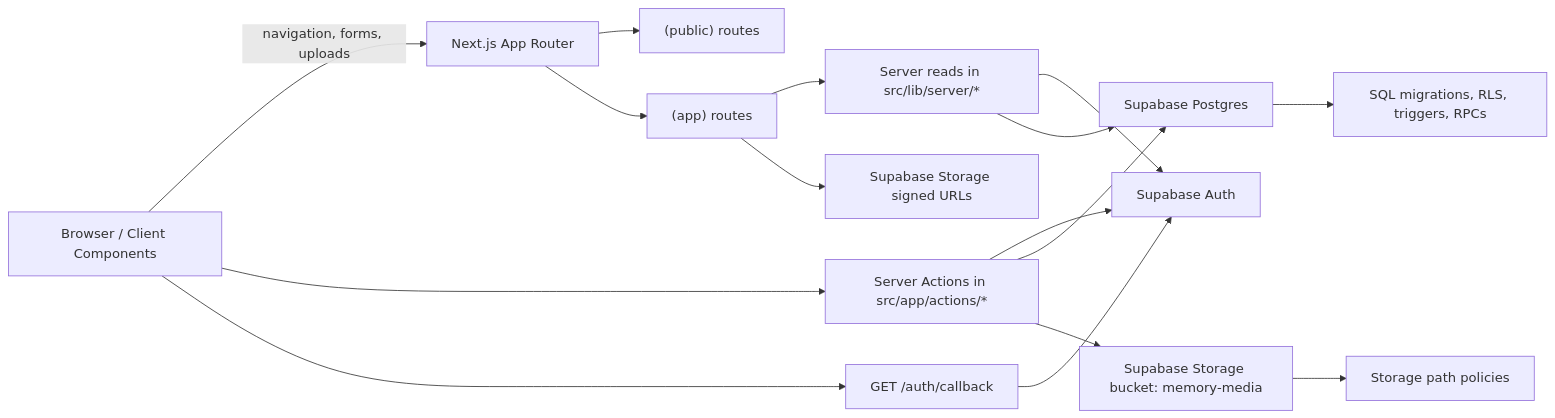
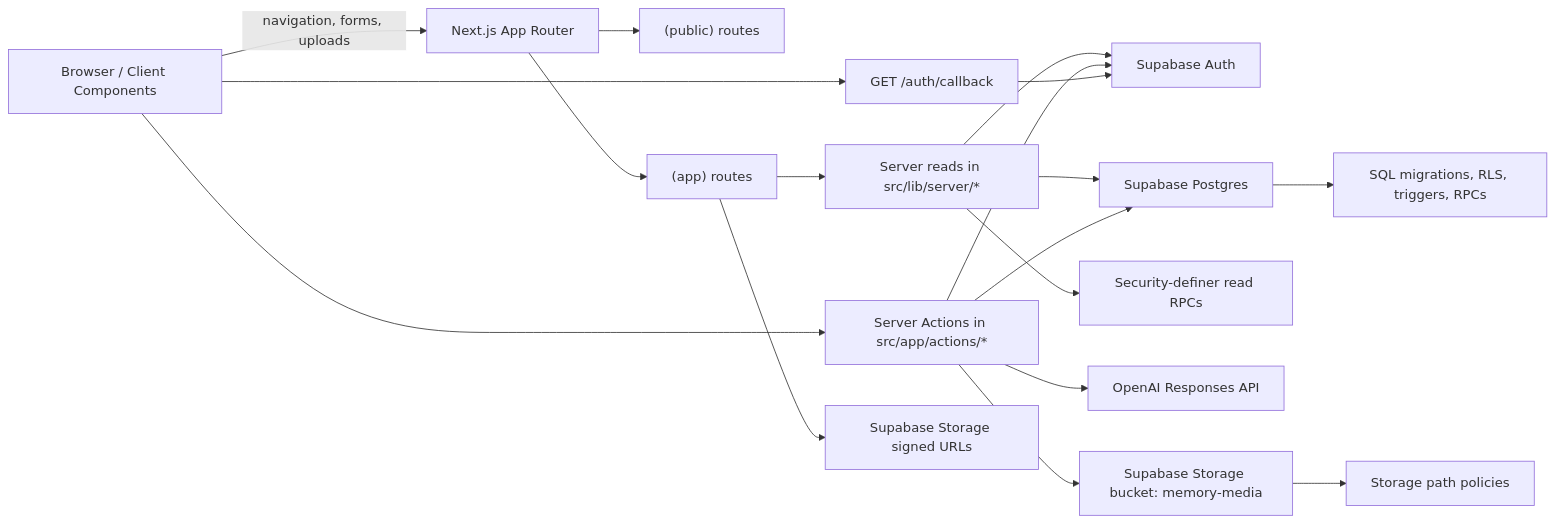
The diagram in docs/engineering/system-architecture.md (ltphuoc/phuocanh), drawn with Mermaid before and after one commit. The commit also changed other lines of this file and 29 other files, not shown here.

````diff
--- a/docs/engineering/system-architecture.md
+++ b/docs/engineering/system-architecture.md
@@ -6,20 +6,22 @@
 ```mermaid
 flowchart LR
   Browser["Browser / Client Components"] -->|navigation, forms, uploads| Next["Next.js App Router"]
   Next --> Public["(public) routes"]
   Next --> App["(app) routes"]
   App --> Reads["Server reads in src/lib/server/*"]
   Browser --> Actions["Server Actions in src/app/actions/*"]
   Browser --> Callback["GET /auth/callback"]
 
   Reads --> Auth["Supabase Auth"]
   Reads --> PG["Supabase Postgres"]
+  Reads --> ReadRpcs["Security-definer read RPCs"]
   App --> StorageRead["Supabase Storage signed URLs"]
   Actions --> Auth
   Actions --> PG
+  Actions --> OpenAI["OpenAI Responses API"]
   Actions --> Storage["Supabase Storage bucket: memory-media"]
   Callback --> Auth
 
   PG --> SQL["SQL migrations, RLS, triggers, RPCs"]
   Storage --> Policies["Storage path policies"]
 ```
````
